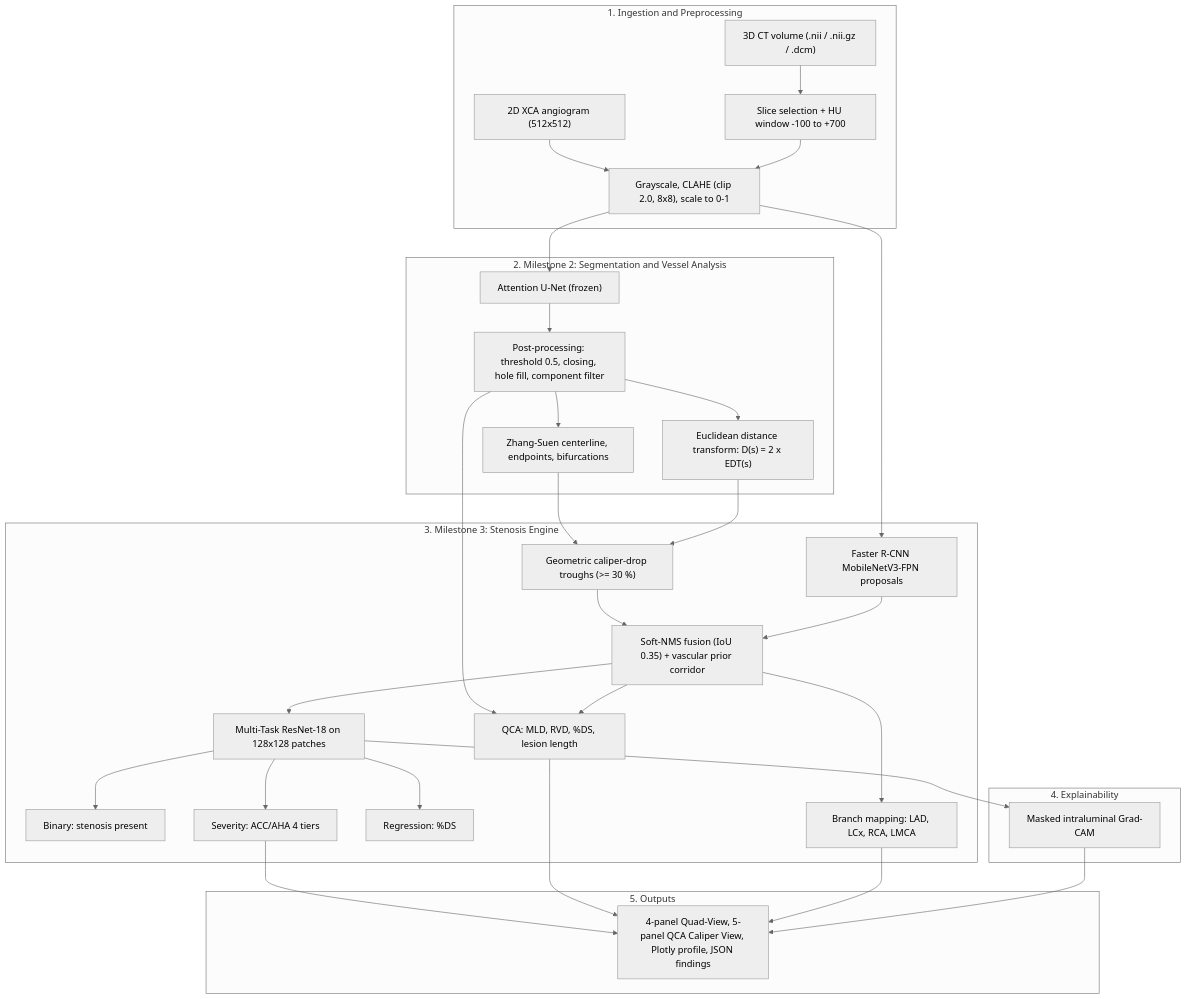
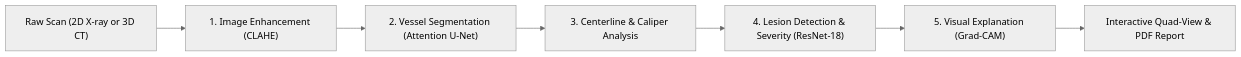
The diagram in README.md (springboardmentor24052s-tech/Team_1_Artery_Segmentation_DL), drawn with Mermaid (neutral theme) before and after one commit. The commit also changed other lines of this file and 14 other files, not shown here.

````diff
--- a/README.md
+++ b/README.md
@@ -81,38 +70,9 @@
 ```mermaid
-flowchart TD
-    subgraph S1 ["1. Ingestion and Preprocessing"]
-        A1["2D XCA angiogram (512x512)"]
-        A2["3D CT volume (.nii / .nii.gz / .dcm)"] --> A3["Slice selection + HU window -100 to +700"]
-        A1 --> B["Grayscale, CLAHE (clip 2.0, 8x8), scale to 0-1"]
-        A3 --> B
-    end
-    subgraph S2 ["2. Milestone 2: Segmentation and Vessel Analysis"]
-        B --> C["Attention U-Net (frozen)"]
-        C --> D["Post-processing: threshold 0.5, closing, hole fill, component filter"]
-        D --> E["Zhang-Suen centerline, endpoints, bifurcations"]
-        D --> F["Euclidean distance transform: D(s) = 2 x EDT(s)"]
-    end
-    subgraph S3 ["3. Milestone 3: Stenosis Engine"]
-        E --> G1["Geometric caliper-drop troughs (>= 30 %)"]
-        F --> G1
-        B --> G2["Faster R-CNN MobileNetV3-FPN proposals"]
-        G1 --> H["Soft-NMS fusion (IoU 0.35) + vascular prior corridor"]
-        G2 --> H
-        H --> I["Multi-Task ResNet-18 on 128x128 patches"]
-        I --> J1["Binary: stenosis present"]
-        I --> J2["Severity: ACC/AHA 4 tiers"]
-        I --> J3["Regression: %DS"]
-        D --> K["QCA: MLD, RVD, %DS, lesion length"]
-        H --> K
-        H --> L["Branch mapping: LAD, LCx, RCA, LMCA"]
-    end
-    subgraph S4 ["4. Explainability"]
-        I --> M["Masked intraluminal Grad-CAM"]
-    end
-    subgraph S5 ["5. Outputs"]
-        J2 --> O["4-panel Quad-View, 5-panel QCA Caliper View, Plotly profile, JSON findings"]
-        K --> O
-        L --> O
-        M --> O
-    end
+flowchart LR
+    A["Raw Scan (2D X-ray or 3D CT)"] --> B["1. Image Enhancement (CLAHE)"]
+    B --> C["2. Vessel Segmentation (Attention U-Net)"]
+    C --> D["3. Centerline & Caliper Analysis"]
+    D --> E["4. Lesion Detection & Severity (ResNet-18)"]
+    E --> F["5. Visual Explanation (Grad-CAM)"]
+    F --> G["Interactive Quad-View & PDF Report"]
 ```
````
